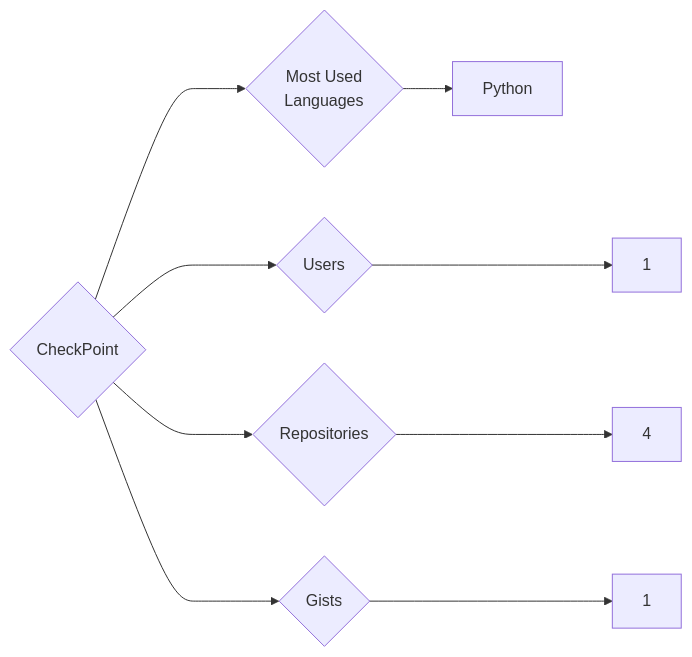
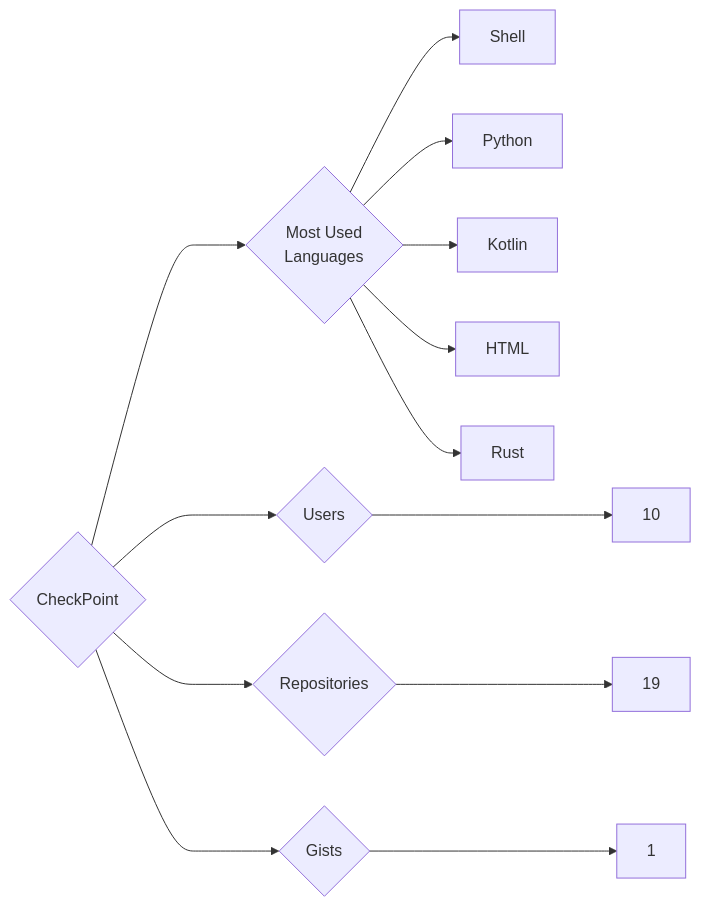
The diagram in targets/CheckPoint/README.md (trickest/insiders), drawn with Mermaid before and after one commit. The commit also changed 1149 other files, not shown here.

````diff
--- a/targets/CheckPoint/README.md
+++ b/targets/CheckPoint/README.md
@@ -3,9 +3,13 @@
 ```mermaid
 graph LR
 COMPANY_NAME{CheckPoint}
-COMPANY_NAME ---> U{Users} ---> UN[1]
-COMPANY_NAME ---> R{Repositories} ---> RN[4]
+COMPANY_NAME ---> U{Users} ---> UN[10]
+COMPANY_NAME ---> R{Repositories} ---> RN[19]
 COMPANY_NAME ---> G{Gists} ---> GN[1]
 COMPANY_NAME ---> ML{Most Used<br>Languages}
+ML --> Shell[Shell]
 ML --> Python[Python]
+ML --> Kotlin[Kotlin]
+ML --> HTML[HTML]
+ML --> Rust[Rust]
 ```
````
